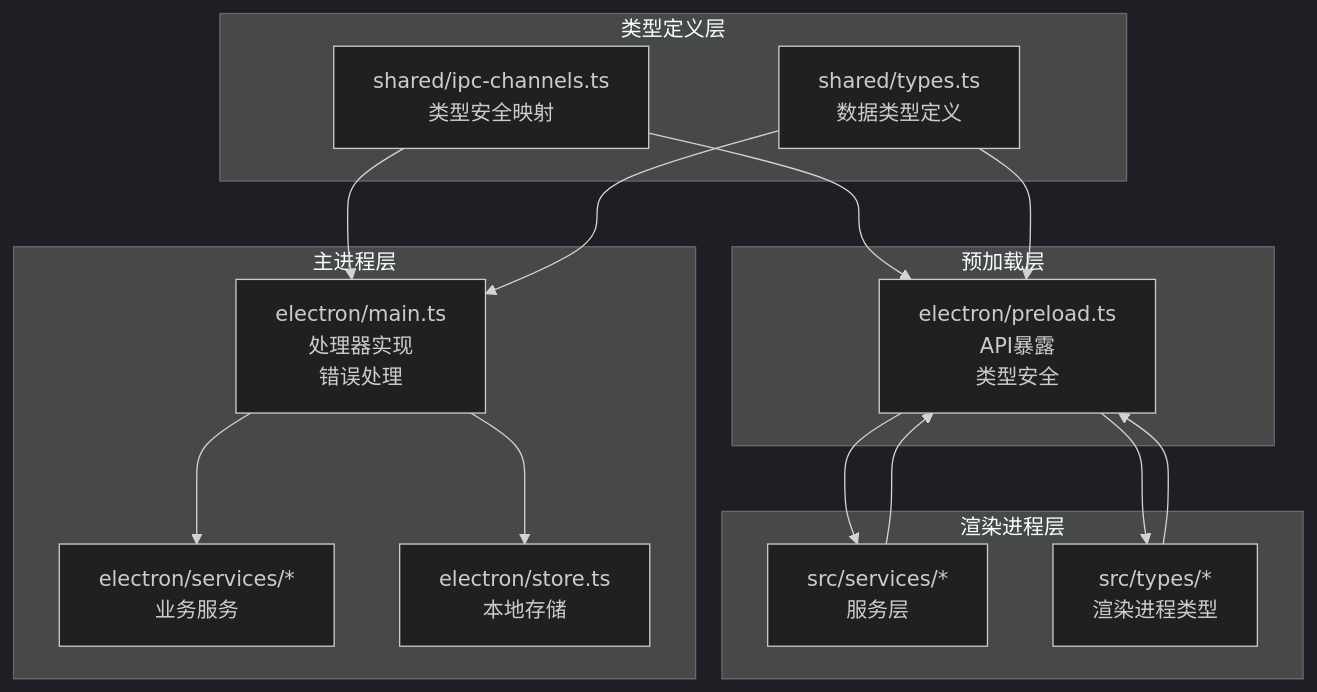
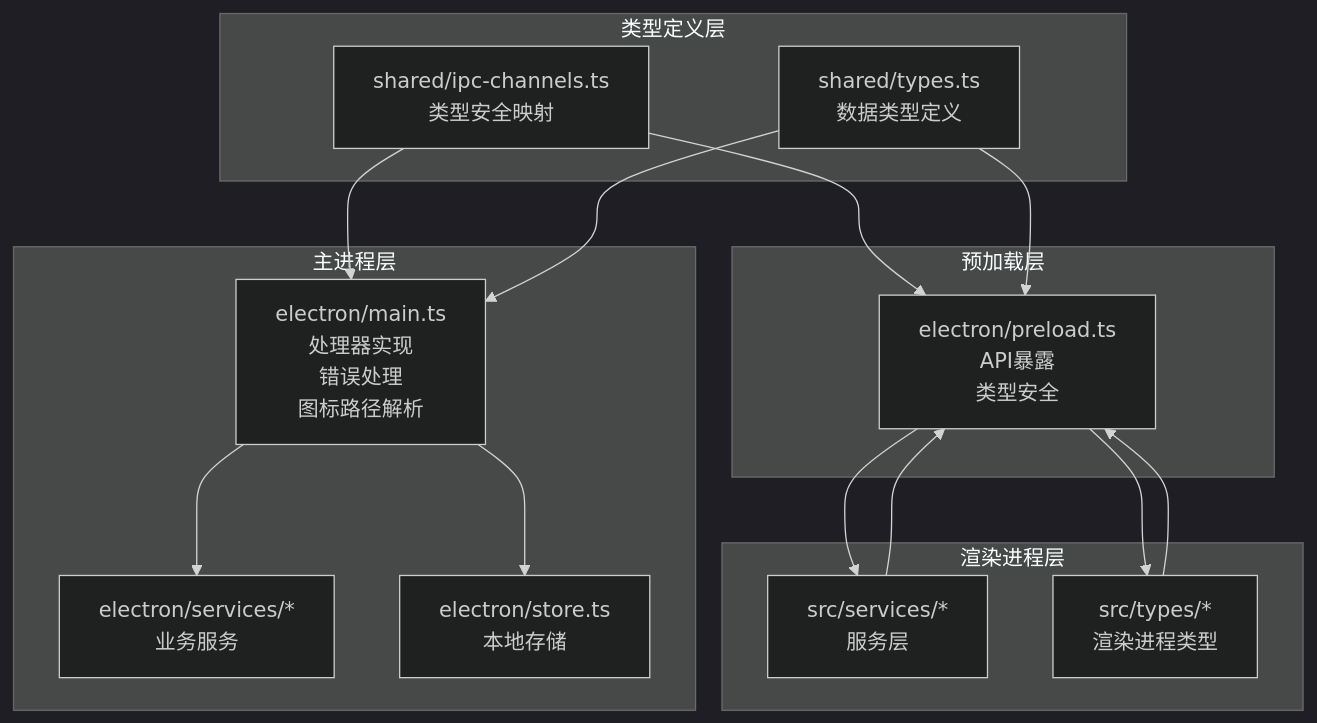
The eighth of 8 diagrams in .qoder/repowiki/zh/content/API参考/IPC通信API.md (Siborne/OJFlow), drawn with Mermaid (dark theme) before and after one commit. The commit also changed other lines of this file and 77 other files, not shown here.

First line of the commit message:
feat(ipc): 增强IPC类型安全与图标路径解析功能

````diff
--- a/.qoder/repowiki/zh/content/API参考/IPC通信API.md
+++ b/.qoder/repowiki/zh/content/API参考/IPC通信API.md
@@ -417,29 +450,29 @@
 ```mermaid
 graph TB
 subgraph "类型定义层"
 TYPES["shared/types.ts<br/>数据类型定义"]
 CHANNELS["shared/ipc-channels.ts<br/>类型安全映射"]
 end
 subgraph "预加载层"
 PRELOAD["electron/preload.ts<br/>API暴露<br/>类型安全"]
 end
 subgraph "主进程层"
-MAIN["electron/main.ts<br/>处理器实现<br/>错误处理"]
+MAIN["electron/main.ts<br/>处理器实现<br/>错误处理<br/>图标路径解析"]
 SERVICES["electron/services/*<br/>业务服务"]
 STORE["electron/store.ts<br/>本地存储"]
 end
 subgraph "渲染进程层"
 RENDERER_SERVICES["src/services/*<br/>服务层"]
 RENDERER_TYPES["src/types/*<br/>渲染进程类型"]
 end
 CHANNELS --> PRELOAD
 CHANNELS --> MAIN
 TYPES --> PRELOAD
 TYPES --> MAIN
 PRELOAD --> RENDERER_SERVICES
 PRELOAD --> RENDERER_TYPES
 MAIN --> SERVICES
 MAIN --> STORE
 RENDERER_SERVICES --> PRELOAD
 RENDERER_TYPES --> PRELOAD
 ```
````
